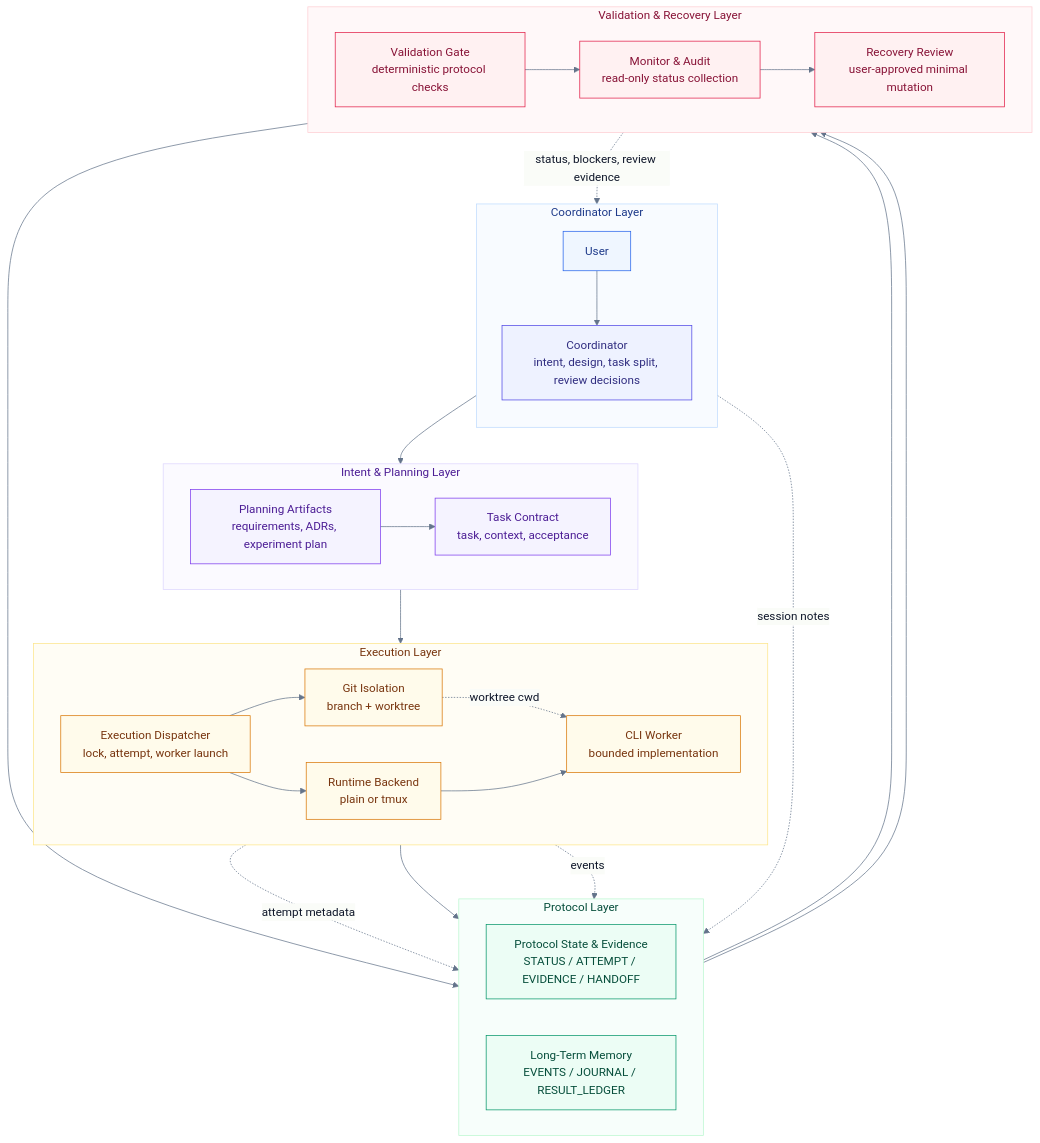
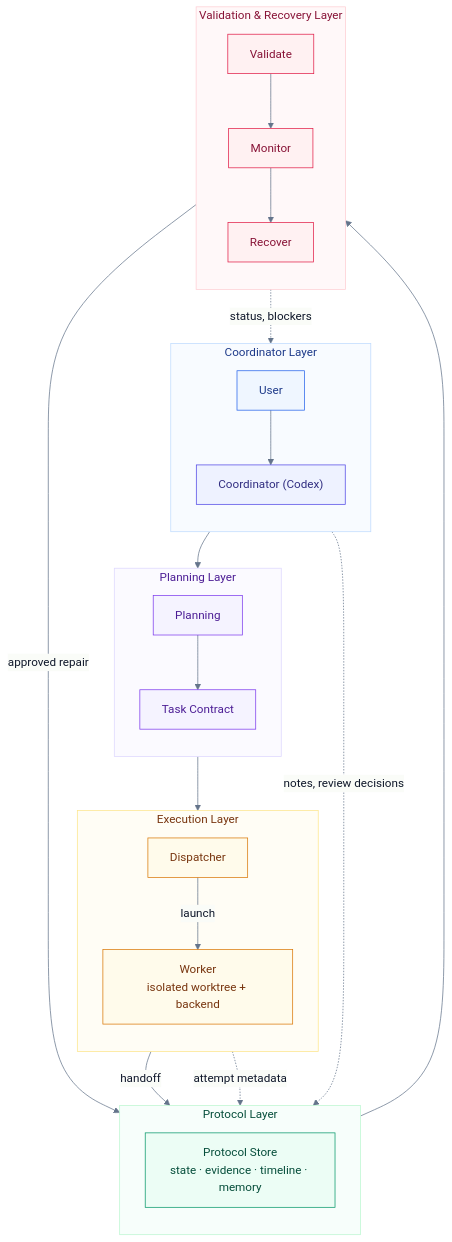
One commit to LKCY23/research-dev-orchestrator changed the first of 2 diagrams in README.md. Above: the diagram before and after it, drawn with Mermaid. The commit also changed other lines of this file, not shown here.

Commit message:
Simplify README architecture diagram

````diff
--- a/README.md
+++ b/README.md
@@ -56,68 +56,61 @@
 ```mermaid
 %%{init: {"theme":"base","themeVariables":{"fontFamily":"Inter, ui-sans-serif, system-ui","primaryColor":"#f8fafc","primaryTextColor":"#0f172a","primaryBorderColor":"#cbd5e1","lineColor":"#64748b","tertiaryColor":"#ffffff"},"flowchart":{"curve":"basis"}}}%%
 flowchart TB
   subgraph L1["Coordinator Layer"]
     direction TB
     U["User"]:::human
-    C["Coordinator<br/>intent, design, task split, review decisions"]:::coord
+    C["Coordinator (Codex)"]:::coord
     U --> C
   end
 
-  subgraph L2["Intent & Planning Layer"]
-    direction LR
-    P["Planning Artifacts<br/>requirements, ADRs, experiment plan"]:::planning
-    T["Task Contract<br/>task, context, acceptance"]:::planning
+  subgraph L2["Planning Layer"]
+    direction TB
+    P["Planning"]:::planning
+    T["Task Contract"]:::planning
     P --> T
   end
 
   subgraph L3["Execution Layer"]
-    direction LR
-    D["Execution Dispatcher<br/>lock, attempt, worker launch"]:::exec
-    G["Git Isolation<br/>branch + worktree"]:::exec
-    B["Runtime Backend<br/>plain or tmux"]:::exec
-    W["CLI Worker<br/>bounded implementation"]:::exec
-    D --> G
-    D --> B
-    G -. "worktree cwd" .-> W
-    B --> W
+    direction TB
+    D["Dispatcher"]:::exec
+    W["Worker<br/>isolated worktree + backend"]:::exec
+    D -- "launch" --> W
   end
 
   subgraph L4["Protocol Layer"]
-    direction LR
-    Q["Protocol State & Evidence<br/>STATUS / ATTEMPT / EVIDENCE / HANDOFF"]:::truth
-    M["Long-Term Memory<br/>EVENTS / JOURNAL / RESULT_LEDGER"]:::truth
+    direction TB
+    S["Protocol Store<br/>state · evidence · timeline · memory"]:::truth
   end
 
   subgraph L5["Validation & Recovery Layer"]
-    direction LR
-    V["Validation Gate<br/>deterministic protocol checks"]:::validate
-    O["Monitor & Audit<br/>read-only status collection"]:::validate
-    R["Recovery Review<br/>user-approved minimal mutation"]:::validate
+    direction TB
+    V["Validate"]:::validate
+    O["Monitor"]:::validate
+    R["Recover"]:::validate
     V --> O
     O --> R
   end
 
   C --> P
   T --> D
-  D -. "attempt metadata" .-> Q
-  W --> Q
-  C -. "session notes" .-> M
-  D -. "events" .-> M
-  Q --> V
-  M --> O
-  O -. "status, blockers, review evidence" .-> C
-  R --> M
+  W -- "handoff" --> S
+  S --> V
+
+  D -. "attempt metadata" .-> S
+  C -. "notes, review decisions" .-> S
+  O -. "status, blockers" .-> C
+  R -- "approved repair" --> S
 
   classDef human fill:#eff6ff,stroke:#2563eb,color:#1e3a8a;
   classDef coord fill:#eef2ff,stroke:#4f46e5,color:#312e81;
   classDef planning fill:#f5f3ff,stroke:#7c3aed,color:#4c1d95;
   classDef exec fill:#fffbeb,stroke:#d97706,color:#78350f;
   classDef truth fill:#ecfdf5,stroke:#059669,color:#064e3b;
   classDef validate fill:#fff1f2,stroke:#e11d48,color:#881337;
 
   style L1 fill:#f8fbff,stroke:#bfdbfe,stroke-width:1px,color:#1e3a8a;
   style L2 fill:#fbfaff,stroke:#ddd6fe,stroke-width:1px,color:#4c1d95;
   style L3 fill:#fffdf5,stroke:#fde68a,stroke-width:1px,color:#78350f;
   style L4 fill:#f7fefb,stroke:#bbf7d0,stroke-width:1px,color:#064e3b;
   style L5 fill:#fff8f9,stroke:#fecdd3,stroke-width:1px,color:#881337;
 ```
````
